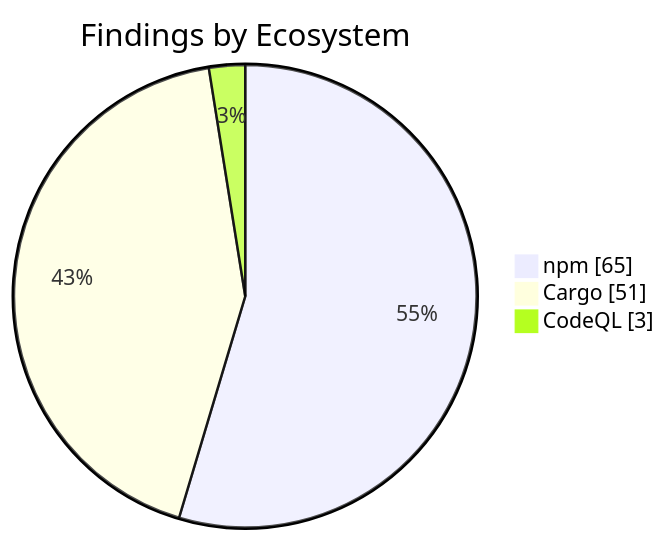
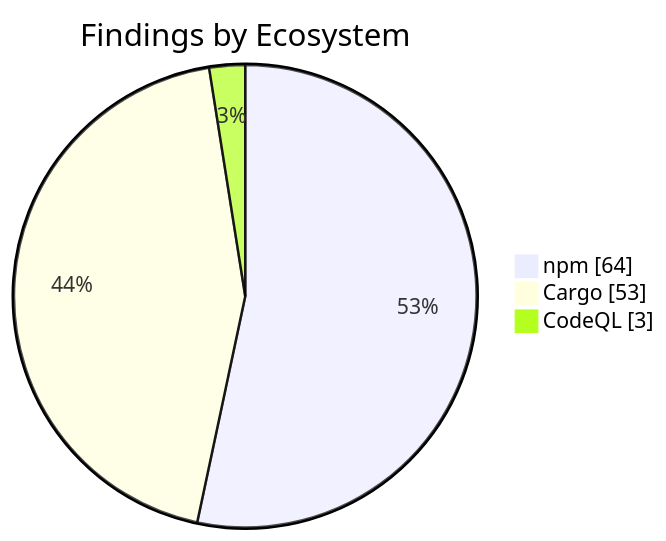
The second of 2 diagrams in apps/kbve/astro-kbve/src/content/docs/dashboard/security.mdx (KBVE/kbve), drawn with Mermaid before and after one commit. The commit also changed other lines of this file and 8 other files, not shown here.

````diff
--- a/apps/kbve/astro-kbve/src/content/docs/dashboard/security.mdx
+++ b/apps/kbve/astro-kbve/src/content/docs/dashboard/security.mdx
@@ -73,7 +73,7 @@
 ```mermaid
 pie showData
     title Findings by Ecosystem
-    "npm" : 65
-    "Cargo" : 51
+    "npm" : 64
+    "Cargo" : 53
     "CodeQL" : 3
 ```
````
